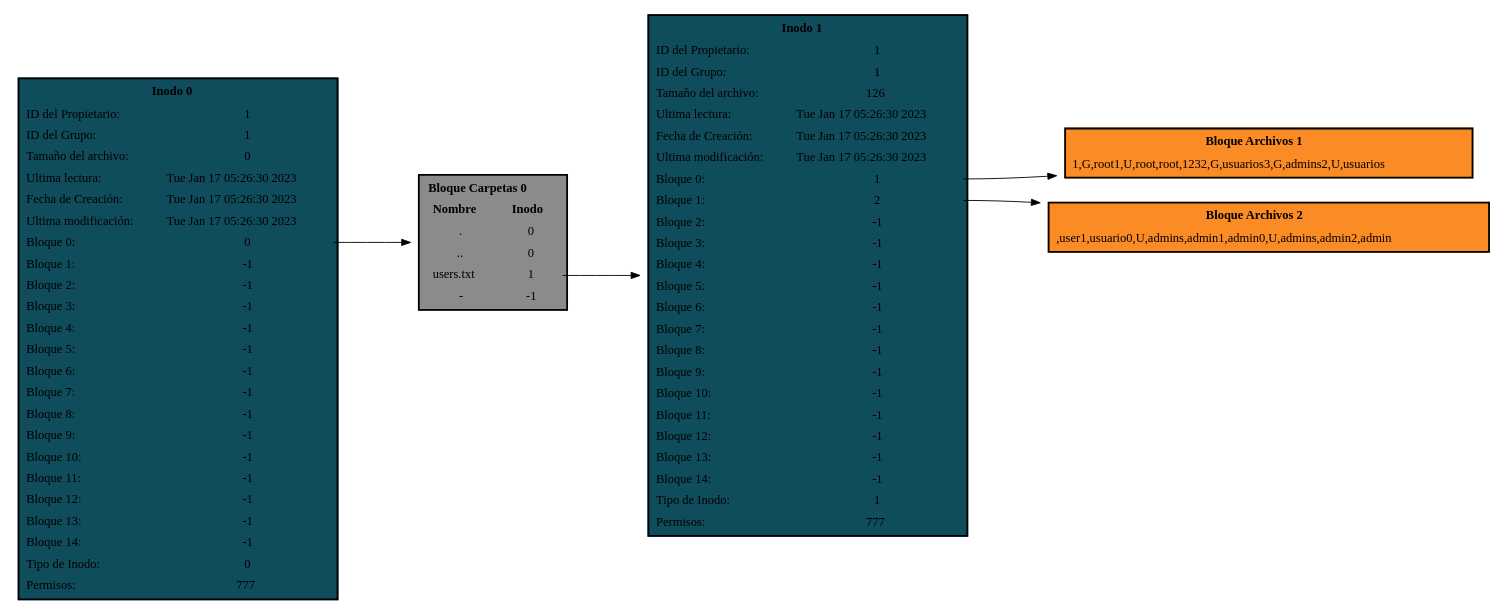
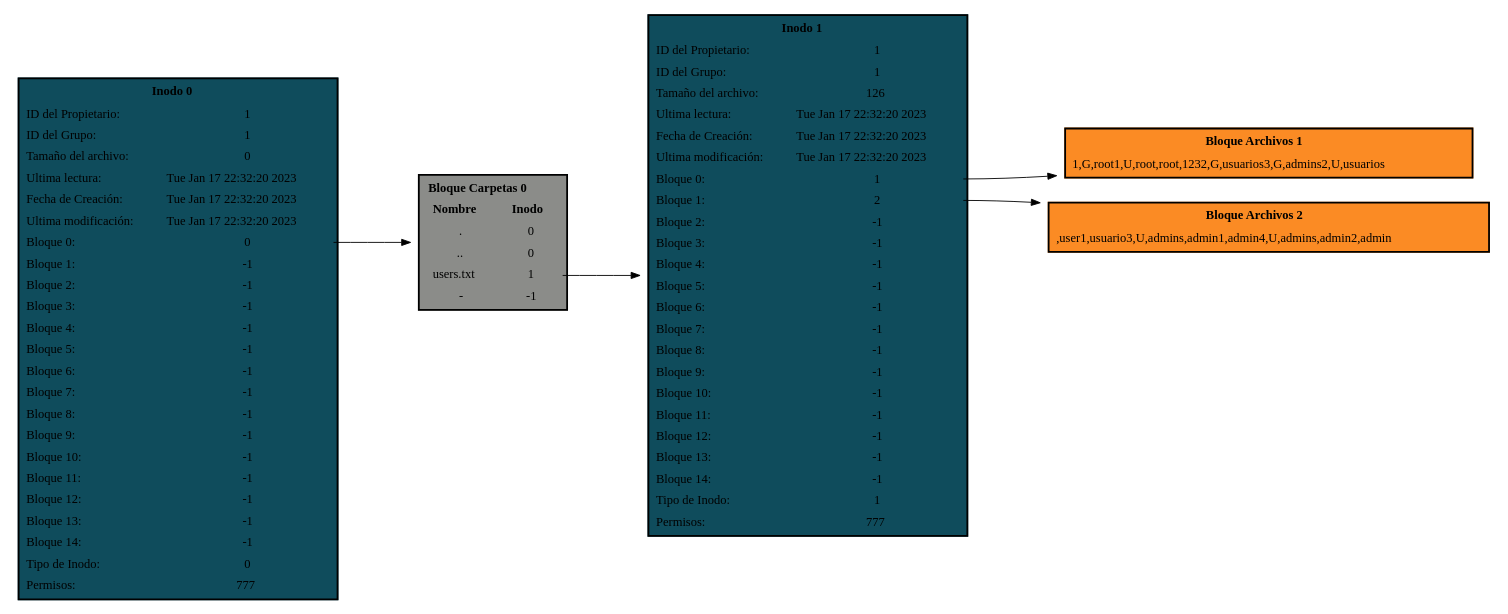
Before and after one commit to JJONK19/-MIA-P1_201909035: the diagram in grafo.dot, drawn with Graphviz. The commit also changed 9 other files, not shown here.

```diff
--- a/grafo.dot
+++ b/grafo.dot
@@ -1,35 +1,35 @@
 digraph G { 
  rankdir = LR; node[shape = plaintext];
 INODO0[ label = <<TABLE BORDER='2' CELLBORDER='0' CELLSPACING='5' BGCOLOR='#0f4c5c'>
 <TR><TD colspan ='2' ><b>Inodo 0</b></TD></TR>
-<TR><TD Align='left'>ID del Propietario:</TD><TD>1</TD></TR><TR><TD Align='left'>ID del Grupo:</TD><TD>1</TD></TR><TR><TD Align='left'>Tamaño del archivo:</TD><TD>0</TD></TR><TR><TD Align='left'>Ultima lectura:</TD><TD>Tue Jan 17 05:26:30 2023
-</TD></TR><TR><TD Align='left'>Fecha de Creación:</TD><TD>Tue Jan 17 05:26:30 2023
-</TD></TR><TR><TD Align='left'>Ultima modificación:</TD><TD>Tue Jan 17 05:26:30 2023
+<TR><TD Align='left'>ID del Propietario:</TD><TD>1</TD></TR><TR><TD Align='left'>ID del Grupo:</TD><TD>1</TD></TR><TR><TD Align='left'>Tamaño del archivo:</TD><TD>0</TD></TR><TR><TD Align='left'>Ultima lectura:</TD><TD>Tue Jan 17 22:32:20 2023
+</TD></TR><TR><TD Align='left'>Fecha de Creación:</TD><TD>Tue Jan 17 22:32:20 2023
+</TD></TR><TR><TD Align='left'>Ultima modificación:</TD><TD>Tue Jan 17 22:32:20 2023
 </TD></TR><TR><TD Align='left'>Bloque 0:</TD><TD PORT='P0'>0</TD></TR><TR><TD Align='left'>Bloque 1:</TD><TD PORT='P1'>-1</TD></TR><TR><TD Align='left'>Bloque 2:</TD><TD PORT='P2'>-1</TD></TR><TR><TD Align='left'>Bloque 3:</TD><TD PORT='P3'>-1</TD></TR><TR><TD Align='left'>Bloque 4:</TD><TD PORT='P4'>-1</TD></TR><TR><TD Align='left'>Bloque 5:</TD><TD PORT='P5'>-1</TD></TR><TR><TD Align='left'>Bloque 6:</TD><TD PORT='P6'>-1</TD></TR><TR><TD Align='left'>Bloque 7:</TD><TD PORT='P7'>-1</TD></TR><TR><TD Align='left'>Bloque 8:</TD><TD PORT='P8'>-1</TD></TR><TR><TD Align='left'>Bloque 9:</TD><TD PORT='P9'>-1</TD></TR><TR><TD Align='left'>Bloque 10:</TD><TD PORT='P10'>-1</TD></TR><TR><TD Align='left'>Bloque 11:</TD><TD PORT='P11'>-1</TD></TR><TR><TD Align='left'>Bloque 12:</TD><TD PORT='P12'>-1</TD></TR><TR><TD Align='left'>Bloque 13:</TD><TD PORT='P13'>-1</TD></TR><TR><TD Align='left'>Bloque 14:</TD><TD PORT='P14'>-1</TD></TR><TR><TD Align='left'>Tipo de Inodo:</TD><TD>0</TD></TR><TR><TD Align='left'>Permisos:</TD><TD>777</TD></TR></TABLE>>];
 BLOQUE0[ label = <<TABLE BORDER='2' CELLBORDER='0' CELLSPACING='5' BGCOLOR='#8b8c89'>
 <TR><TD colspan ='2' ><b>Bloque Carpetas 0</b></TD></TR>
 <TR><TD><b>Nombre</b></TD><TD><b>Inodo</b></TD></TR><TR><TD>.</TD><TD PORT='P0'>0</TD></TR><TR><TD>..</TD><TD PORT='P1'>0</TD></TR><TR><TD>users.txt</TD><TD PORT='P2'>1</TD></TR><TR><TD>-</TD><TD PORT='P3'>-1</TD></TR></TABLE>>];
 INODO0:P0->BLOQUE0[minlen = 2];
 INODO1[ label = <<TABLE BORDER='2' CELLBORDER='0' CELLSPACING='5' BGCOLOR='#0f4c5c'>
 <TR><TD colspan ='2' ><b>Inodo 1</b></TD></TR>
-<TR><TD Align='left'>ID del Propietario:</TD><TD>1</TD></TR><TR><TD Align='left'>ID del Grupo:</TD><TD>1</TD></TR><TR><TD Align='left'>Tamaño del archivo:</TD><TD>126</TD></TR><TR><TD Align='left'>Ultima lectura:</TD><TD>Tue Jan 17 05:26:30 2023
-</TD></TR><TR><TD Align='left'>Fecha de Creación:</TD><TD>Tue Jan 17 05:26:30 2023
-</TD></TR><TR><TD Align='left'>Ultima modificación:</TD><TD>Tue Jan 17 05:26:30 2023
+<TR><TD Align='left'>ID del Propietario:</TD><TD>1</TD></TR><TR><TD Align='left'>ID del Grupo:</TD><TD>1</TD></TR><TR><TD Align='left'>Tamaño del archivo:</TD><TD>126</TD></TR><TR><TD Align='left'>Ultima lectura:</TD><TD>Tue Jan 17 22:32:20 2023
+</TD></TR><TR><TD Align='left'>Fecha de Creación:</TD><TD>Tue Jan 17 22:32:20 2023
+</TD></TR><TR><TD Align='left'>Ultima modificación:</TD><TD>Tue Jan 17 22:32:20 2023
 </TD></TR><TR><TD Align='left'>Bloque 0:</TD><TD PORT='P0'>1</TD></TR><TR><TD Align='left'>Bloque 1:</TD><TD PORT='P1'>2</TD></TR><TR><TD Align='left'>Bloque 2:</TD><TD PORT='P2'>-1</TD></TR><TR><TD Align='left'>Bloque 3:</TD><TD PORT='P3'>-1</TD></TR><TR><TD Align='left'>Bloque 4:</TD><TD PORT='P4'>-1</TD></TR><TR><TD Align='left'>Bloque 5:</TD><TD PORT='P5'>-1</TD></TR><TR><TD Align='left'>Bloque 6:</TD><TD PORT='P6'>-1</TD></TR><TR><TD Align='left'>Bloque 7:</TD><TD PORT='P7'>-1</TD></TR><TR><TD Align='left'>Bloque 8:</TD><TD PORT='P8'>-1</TD></TR><TR><TD Align='left'>Bloque 9:</TD><TD PORT='P9'>-1</TD></TR><TR><TD Align='left'>Bloque 10:</TD><TD PORT='P10'>-1</TD></TR><TR><TD Align='left'>Bloque 11:</TD><TD PORT='P11'>-1</TD></TR><TR><TD Align='left'>Bloque 12:</TD><TD PORT='P12'>-1</TD></TR><TR><TD Align='left'>Bloque 13:</TD><TD PORT='P13'>-1</TD></TR><TR><TD Align='left'>Bloque 14:</TD><TD PORT='P14'>-1</TD></TR><TR><TD Align='left'>Tipo de Inodo:</TD><TD>1</TD></TR><TR><TD Align='left'>Permisos:</TD><TD>777</TD></TR></TABLE>>];
 BLOQUE0:P2->INODO1[minlen = 2];
 BLOQUE1[ label = <<TABLE BORDER='2' CELLBORDER='0' CELLSPACING='5' BGCOLOR='#fb8b24'>
 <TR><TD><b>Bloque Archivos 1</b></TD></TR>
 <TR><TD>1,G,root
 1,U,root,root,123
 2,G,usuarios
 3,G,admins
 2,U,usuarios</TD></TR></TABLE>>];
 INODO1:P0->BLOQUE1[minlen = 2];
 BLOQUE2[ label = <<TABLE BORDER='2' CELLBORDER='0' CELLSPACING='5' BGCOLOR='#fb8b24'>
 <TR><TD><b>Bloque Archivos 2</b></TD></TR>
 <TR><TD>,user1,usuario
-0,U,admins,admin1,admin
-0,U,admins,admin2,admin
+3,U,admins,admin1,admin
+4,U,admins,admin2,admin
 </TD></TR></TABLE>>];
 INODO1:P1->BLOQUE2[minlen = 2];
 }
```
